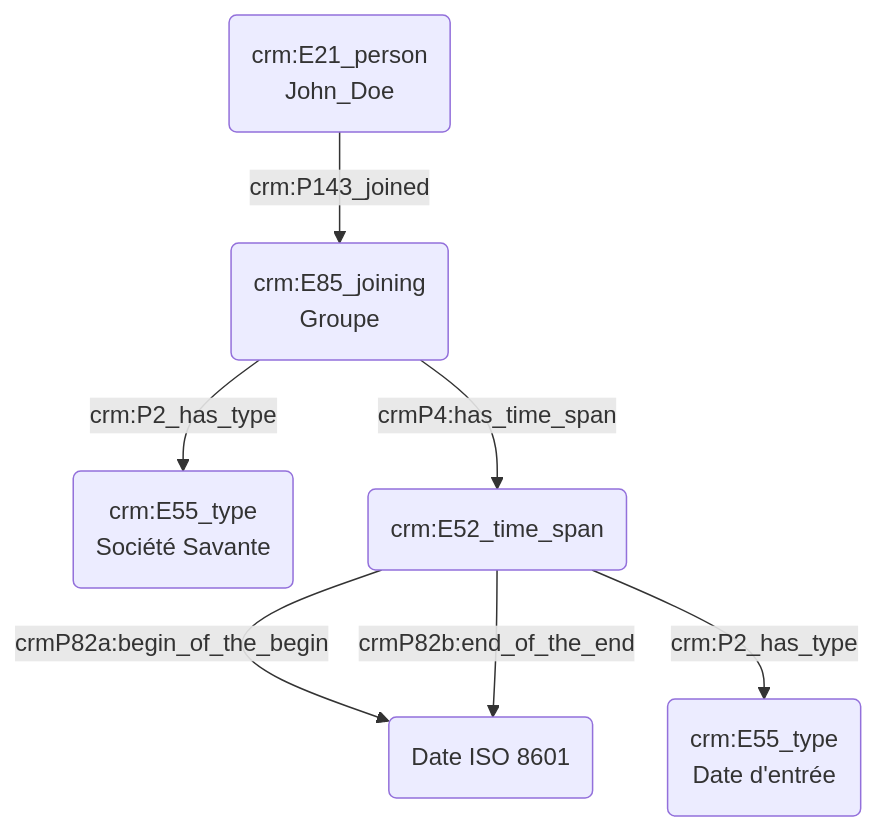
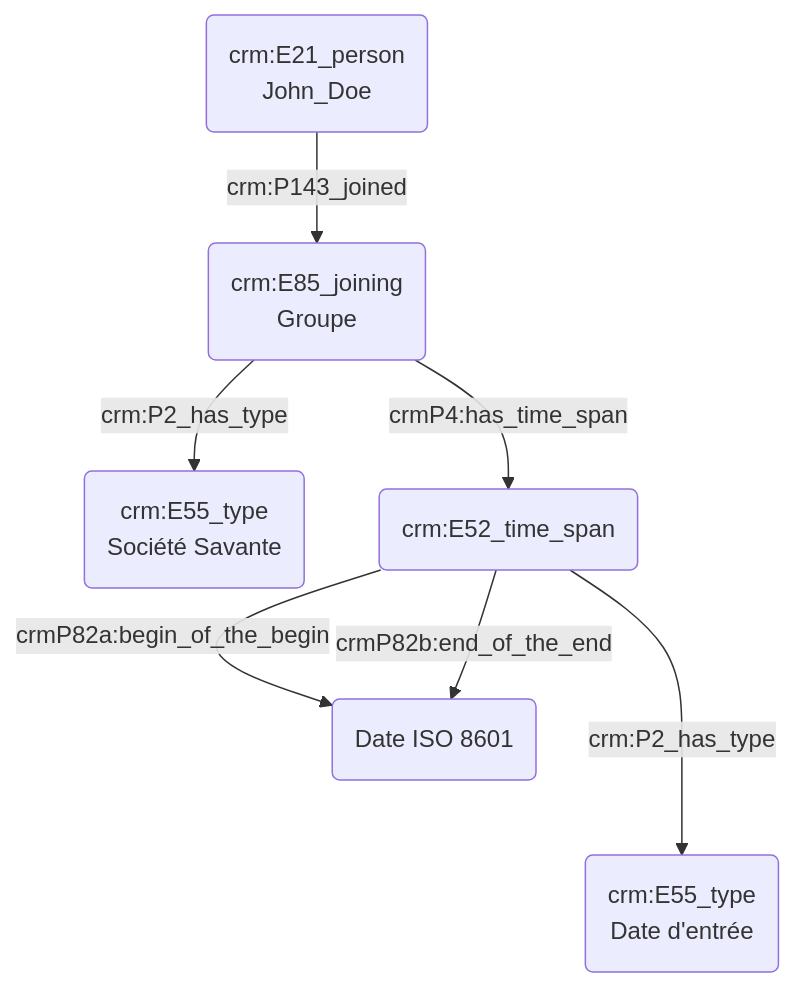
Before and after one commit to Amleth/consortium-musica2-gt2-ontologies: the diagram in modules/livrables/Dossier 2/Prosopographie/appartenance à un groupe social.md, drawn with Mermaid.

Commit message:
Update appartenance à un groupe social.md

````diff
--- a/modules/livrables/Dossier 2/Prosopographie/appartenance à un groupe social.md
+++ b/modules/livrables/Dossier 2/Prosopographie/appartenance à un groupe social.md
@@ -11,11 +11,11 @@
 ```mermaid
 graph TD;
 
 A(crm:E21_person<br>John_Doe) -->|crm:P143_joined| B(crm:E85_joining<br>Groupe)
 B(crm:E85_joining<br>Groupe) -->|crm:P2_has_type| C(crm:E55_type<br>Société Savante)
 B(crm:E85_joining<br>Groupe) --> |crmP4:has_time_span| D(crm:E52_time_span)
 D(crm:E52_time_span) --> |crmP82a:begin_of_the_begin| E(Date ISO 8601)
 D(crm:E52_time_span) --> |crmP82b:end_of_the_end| E(Date ISO 8601)
-D(crm:E52_time_span) -->|crm:P2_has_type| F(crm:E55_type<br>Date d'entrée)
+D(crm:E52_time_span) --->|crm:P2_has_type| F(crm:E55_type<br>Date d'entrée)
 
 ```
````
